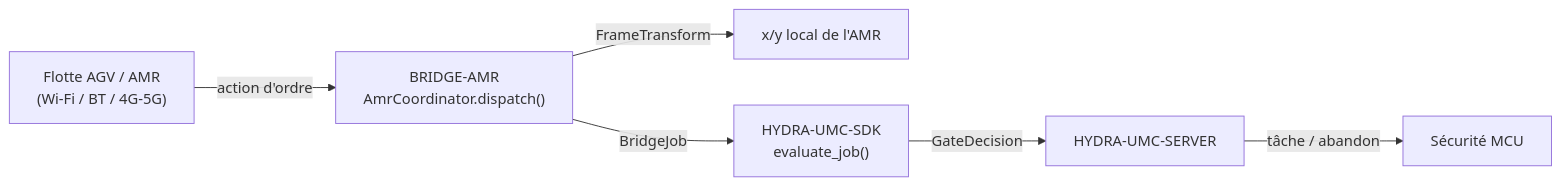
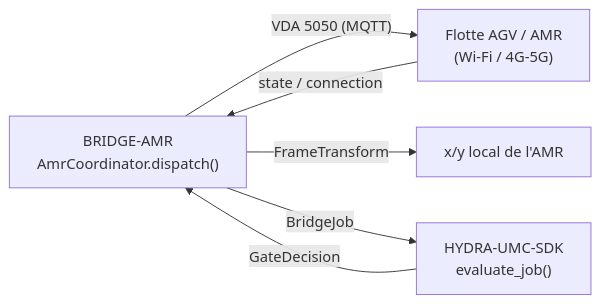
One commit to JuanenRac/HYDRA-UMC-BRIDGE-AMR changed the diagram in README_fra.md. Above: the diagram before and after it, drawn with Mermaid. The commit also changed other lines of this file and 22 other files, not shown here.

Commit message:
Send VDA 5050 action names, give the MQTT client an id and wait for the broker, add the state/connection observer and keep orders valid JSON (0.1.1)

````diff
--- a/README_fra.md
+++ b/README_fra.md
@@ -50,8 +51,8 @@
 ```mermaid
 flowchart LR
-    AMR["Flotte AGV / AMR<br/>(Wi-Fi / BT / 4G-5G)"] -- "action d'ordre" --> BRIDGE["BRIDGE-AMR<br/>AmrCoordinator.dispatch()"]
+    BRIDGE["BRIDGE-AMR<br/>AmrCoordinator.dispatch()"] -- "VDA 5050 (MQTT)" --> AMR["Flotte AGV / AMR<br/>(Wi-Fi / 4G-5G)"]
+    AMR -- "state / connection" --> BRIDGE
     BRIDGE -- "FrameTransform" --> LOCAL["x/y local de l'AMR"]
     BRIDGE -- BridgeJob --> SDK["HYDRA-UMC-SDK<br/>evaluate_job()"]
-    SDK -- GateDecision --> SERVER["HYDRA-UMC-SERVER"]
-    SERVER -- "tâche / abandon" --> MCU["Sécurité MCU"]
+    SDK -- GateDecision --> BRIDGE
 ```
````
